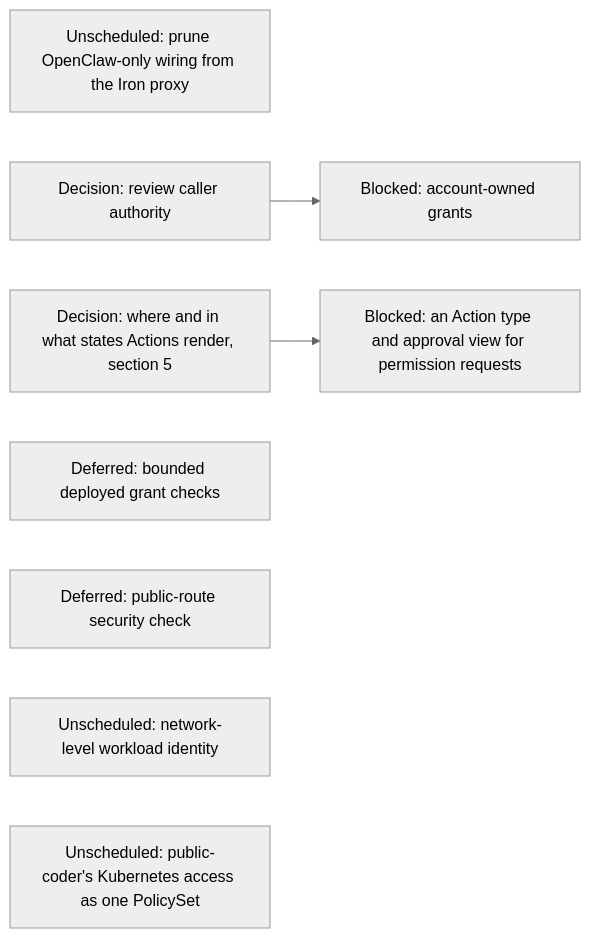
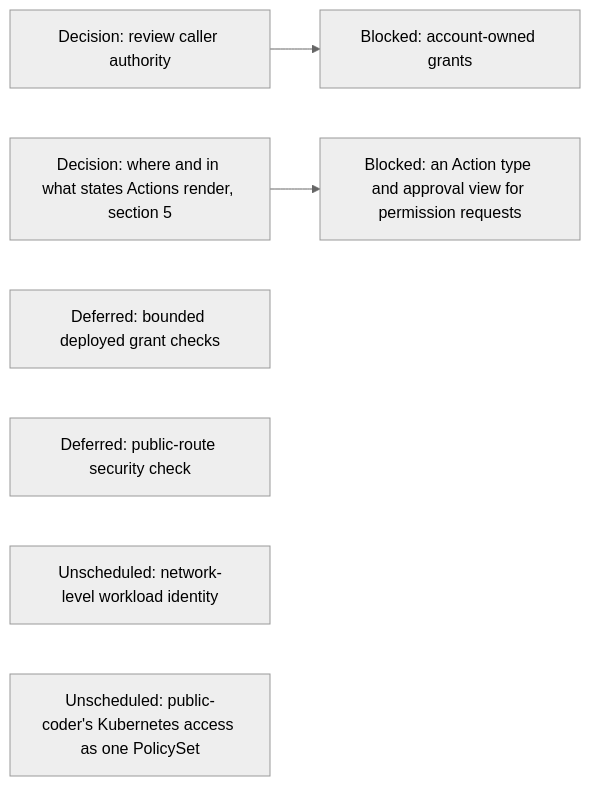
The ninth of 19 diagrams in agentplane/plans/task_dag.md (agentydragon-agent/ducktape), drawn with Mermaid (neutral theme) before and after one commit. The commit also changed other lines of this file and 100 other files, not shown here.

Commit message:
Retire public-coder devbox and Iron proxy

````diff
--- a/agentplane/plans/task_dag.md
+++ b/agentplane/plans/task_dag.md
@@ -1007,12 +1007,11 @@
 ```mermaid
 flowchart LR
-    PC_EGRESS[Unscheduled: prune OpenClaw-only wiring from the Iron proxy]
     CLAUDE_AI_SA[Decision: review caller authority] --> MANAGED_SA_RBAC[Blocked: account-owned grants]
     AGENT_PERMISSION_REQUESTS[Blocked: an Action type and approval view for permission requests]
     ACTION_SURFACES_DESIGN[Decision: where and in what states Actions render, section 5]
     ACTION_SURFACES_DESIGN --> AGENT_PERMISSION_REQUESTS
     SANDBOX_RBAC[Deferred: bounded deployed grant checks]
     NOTIFICATION_INGRESS_BOUNDARY[Deferred: public-route security check]
     NETWORK_WORKLOAD_IDENTITY[Unscheduled: network-level workload identity]
     PC_KUBERNETES_POLICY_SET[Unscheduled: public-coder's Kubernetes access as one PolicySet]
 ```
````
